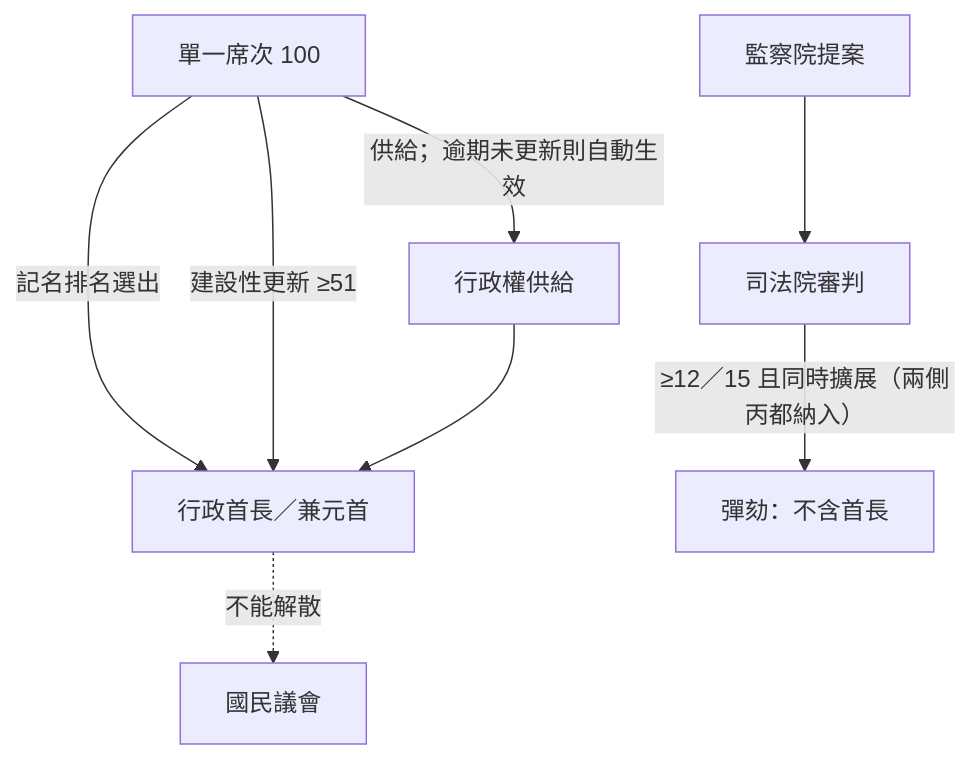
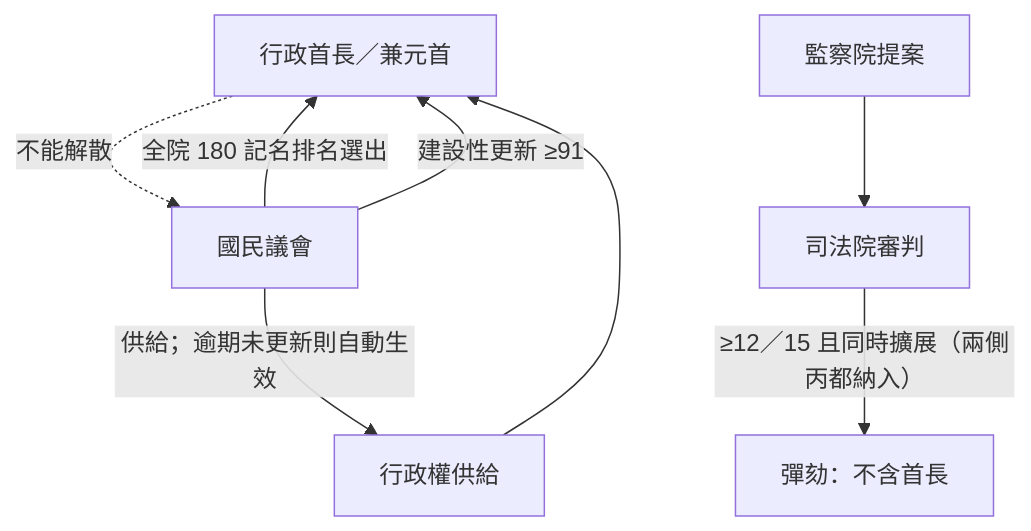
The third of 12 diagrams in topics/regime-designs/designs/台灣/一院議會制/憲政架構圖.md (IRonROOT578/Political-Economy-Research-Public), drawn with Mermaid before and after one commit. The commit also changed other lines of this file and 241 other files, not shown here.

````diff
--- a/topics/regime-designs/designs/台灣/一院議會制/憲政架構圖.md
+++ b/topics/regime-designs/designs/台灣/一院議會制/憲政架構圖.md
@@ -41,10 +41,10 @@
 ```mermaid
 flowchart TD
   Chief[行政首長／兼元首] -.->|不能解散| NA[國民議會]
-  SMD[單一席次 100] -->|記名排名選出| Chief
-  SMD -->|建設性更新 ≥51| Chief
-  SMD -->|供給；逾期未更新則自動生效| Supply[行政權供給]
+  NA -->|全院 180 記名排名選出| Chief
+  NA -->|建設性更新 ≥91| Chief
+  NA -->|供給；逾期未更新則自動生效| Supply[行政權供給]
   Supply --> Chief
   S[監察院提案] --> J[司法院審判]
   J -->|≥12／15 且同時擴展（兩側丙都納入）| Impeach[彈劾：不含首長]
 ```
````
